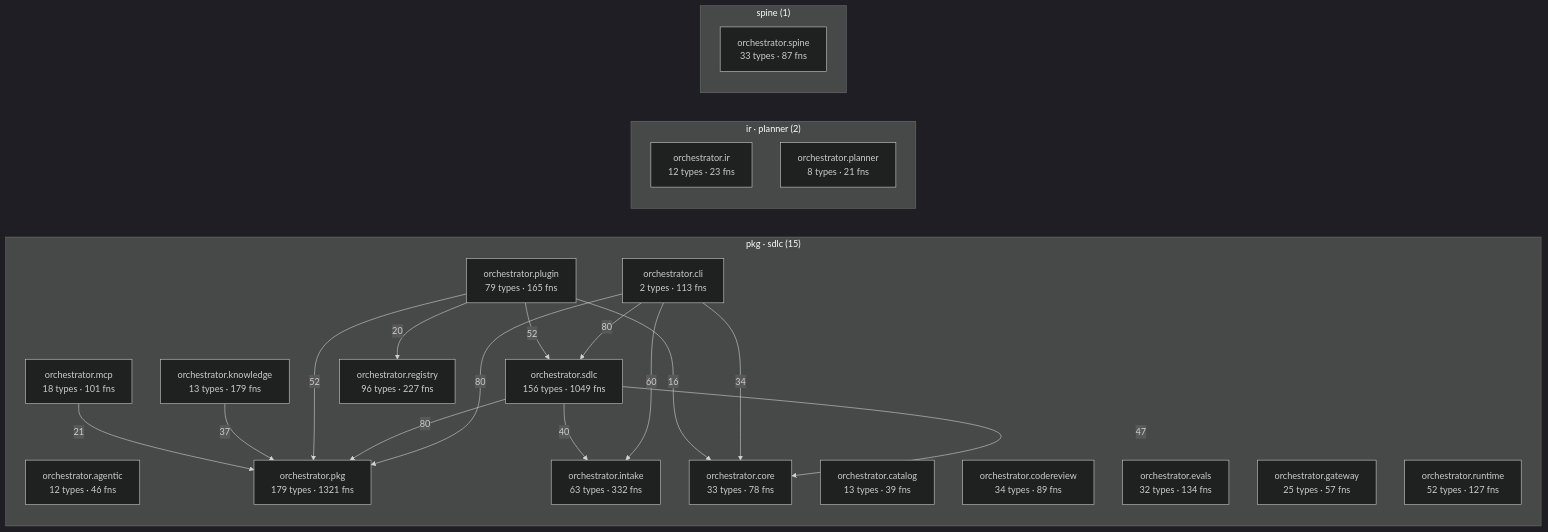
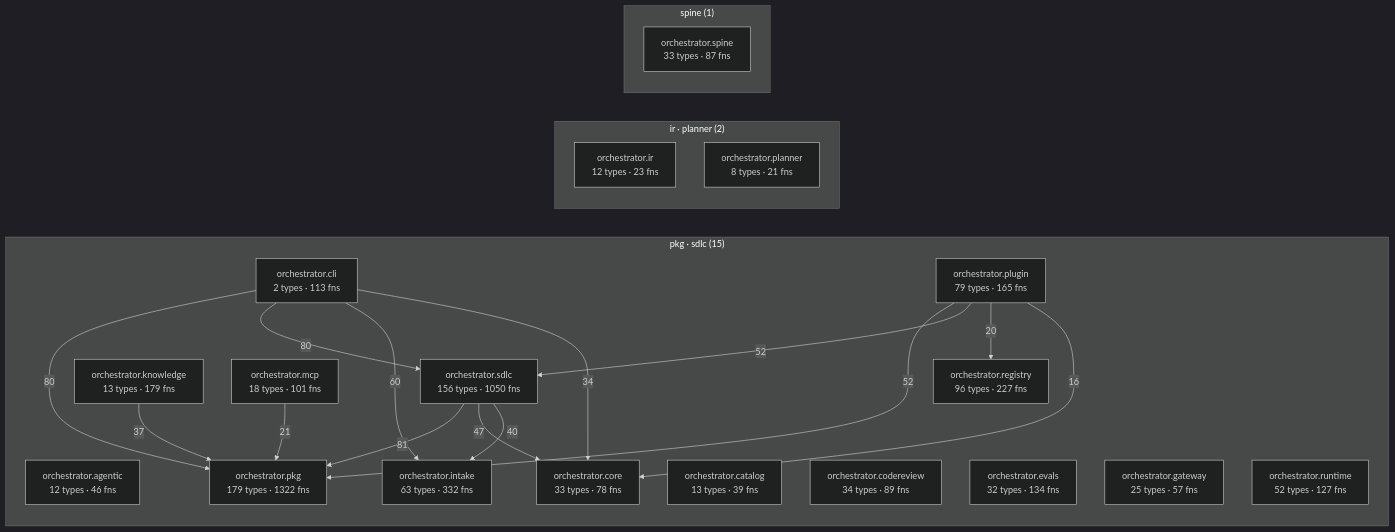
The diagram in episteme/architecture.md (synaptixs/spine), drawn with Mermaid (dark theme) before and after one commit. The commit also changed other lines of this file and 9 other files, not shown here.

````diff
--- a/episteme/architecture.md
+++ b/episteme/architecture.md
@@ -56,40 +56,40 @@
 ```mermaid
 flowchart LR
   subgraph c_2["pkg · sdlc (15)"]
     aorchestratoragentic["orchestrator.agentic<br/>12 types · 46 fns"]
     aorchestratorcatalog["orchestrator.catalog<br/>13 types · 39 fns"]
     aorchestratorcli["orchestrator.cli<br/>2 types · 113 fns"]
     aorchestratorcodereview["orchestrator.codereview<br/>34 types · 89 fns"]
     aorchestratorcore["orchestrator.core<br/>33 types · 78 fns"]
     aorchestratorevals["orchestrator.evals<br/>32 types · 134 fns"]
     aorchestratorgateway["orchestrator.gateway<br/>25 types · 57 fns"]
     aorchestratorintake["orchestrator.intake<br/>63 types · 332 fns"]
     aorchestratorknowledge["orchestrator.knowledge<br/>13 types · 179 fns"]
     aorchestratormcp["orchestrator.mcp<br/>18 types · 101 fns"]
-    aorchestratorpkg["orchestrator.pkg<br/>179 types · 1321 fns"]
+    aorchestratorpkg["orchestrator.pkg<br/>179 types · 1322 fns"]
     aorchestratorplugin["orchestrator.plugin<br/>79 types · 165 fns"]
     aorchestratorregistry["orchestrator.registry<br/>96 types · 227 fns"]
     aorchestratorruntime["orchestrator.runtime<br/>52 types · 127 fns"]
-    aorchestratorsdlc["orchestrator.sdlc<br/>156 types · 1049 fns"]
+    aorchestratorsdlc["orchestrator.sdlc<br/>156 types · 1050 fns"]
   end
   subgraph c_5["ir · planner (2)"]
     aorchestratorir["orchestrator.ir<br/>12 types · 23 fns"]
     aorchestratorplanner["orchestrator.planner<br/>8 types · 21 fns"]
   end
   subgraph c_10["spine (1)"]
     aorchestratorspine["orchestrator.spine<br/>33 types · 87 fns"]
   end
+  aorchestratorsdlc -->|81| aorchestratorpkg
   aorchestratorcli -->|80| aorchestratorpkg
   aorchestratorcli -->|80| aorchestratorsdlc
-  aorchestratorsdlc -->|80| aorchestratorpkg
   aorchestratorcli -->|60| aorchestratorintake
   aorchestratorplugin -->|52| aorchestratorpkg
   aorchestratorplugin -->|52| aorchestratorsdlc
   aorchestratorsdlc -->|47| aorchestratorcore
   aorchestratorsdlc -->|40| aorchestratorintake
   aorchestratorknowledge -->|37| aorchestratorpkg
   aorchestratorcli -->|34| aorchestratorcore
   aorchestratormcp -->|21| aorchestratorpkg
   aorchestratorplugin -->|20| aorchestratorregistry
   aorchestratorplugin -->|16| aorchestratorcore
 ```
````
